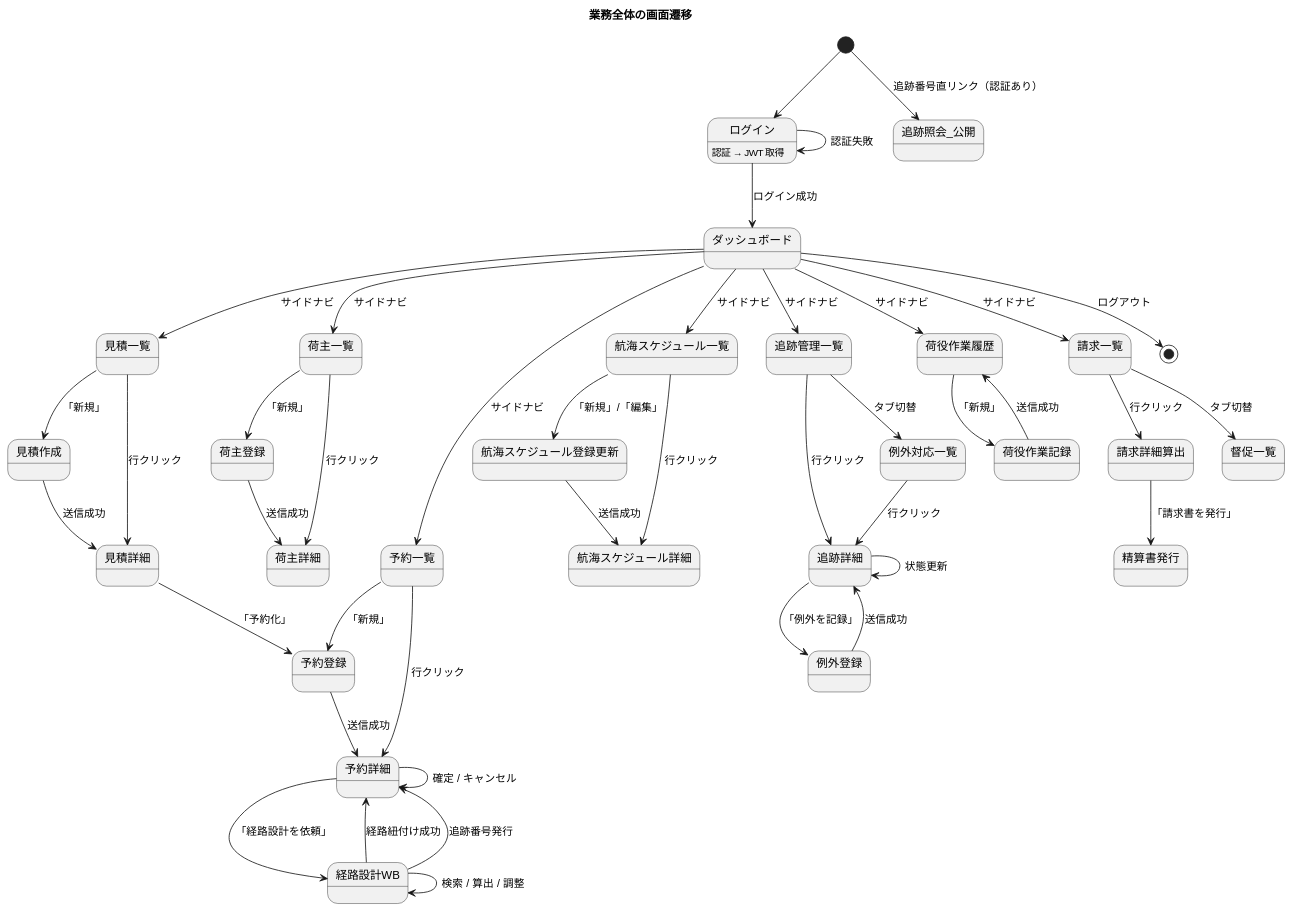
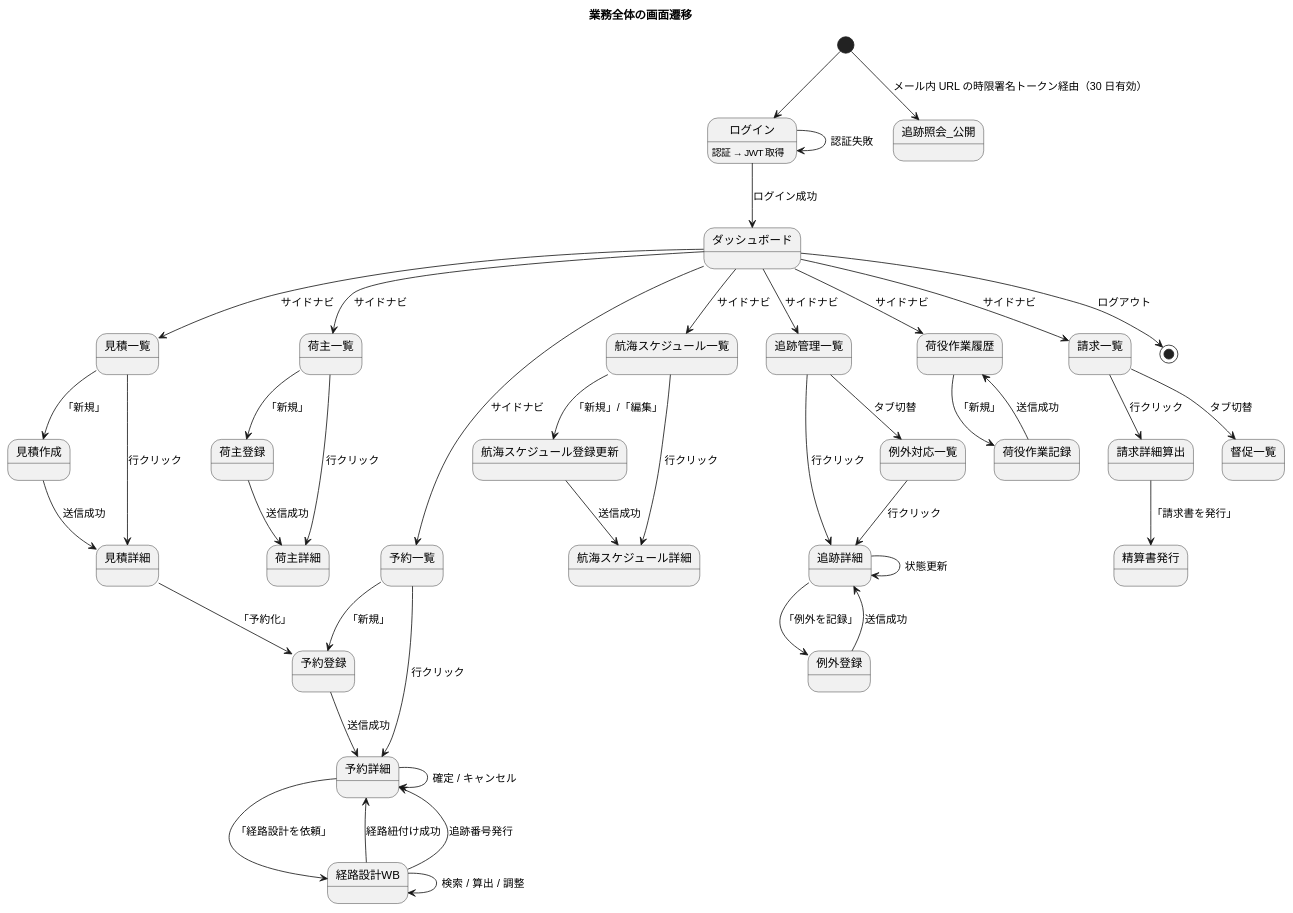
Before and after one commit to k2works/case-study-cargo-tracker: the third of 21 diagrams in docs/design/ui_design.md, drawn with PlantUML. The commit also changed other lines of this file and 7 other files, not shown here.

```diff
--- a/docs/design/ui_design.md
+++ b/docs/design/ui_design.md
@@ -226,7 +226,7 @@
 例外登録 --> 追跡詳細 : 送信成功
 追跡管理一覧 --> 例外対応一覧 : タブ切替
 例外対応一覧 --> 追跡詳細 : 行クリック
-[*] --> 追跡照会_公開 : 追跡番号直リンク（認証あり）
+[*] --> 追跡照会_公開 : メール内 URL の時限署名トークン経由（30 日有効）
 
 state 荷役作業記録
 state 荷役作業履歴
```
